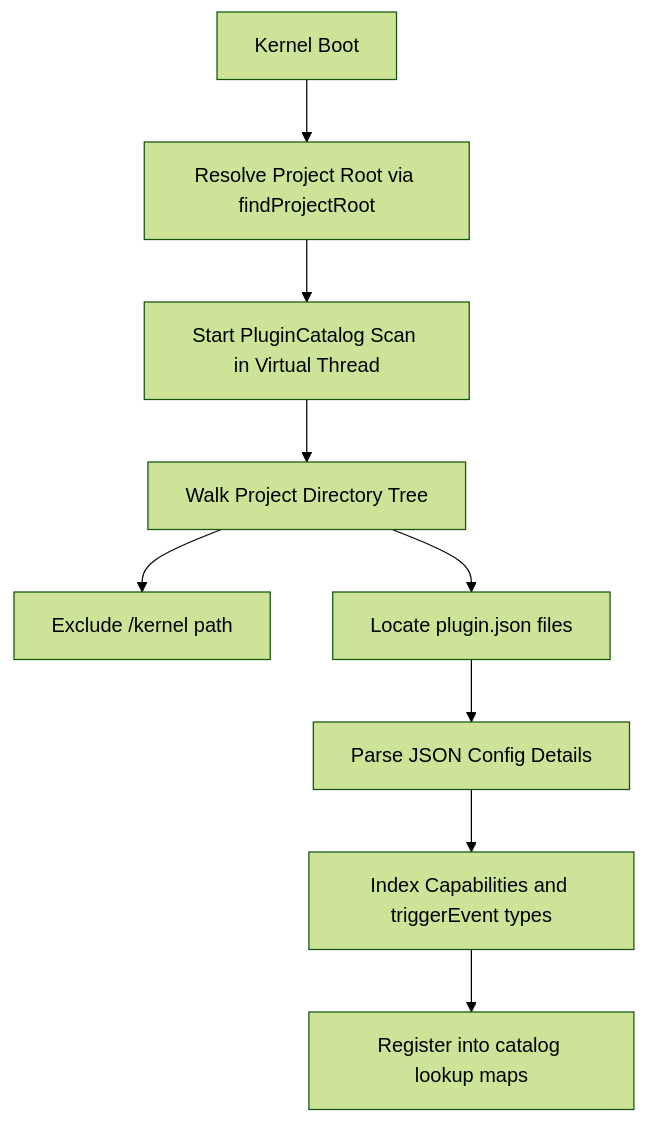
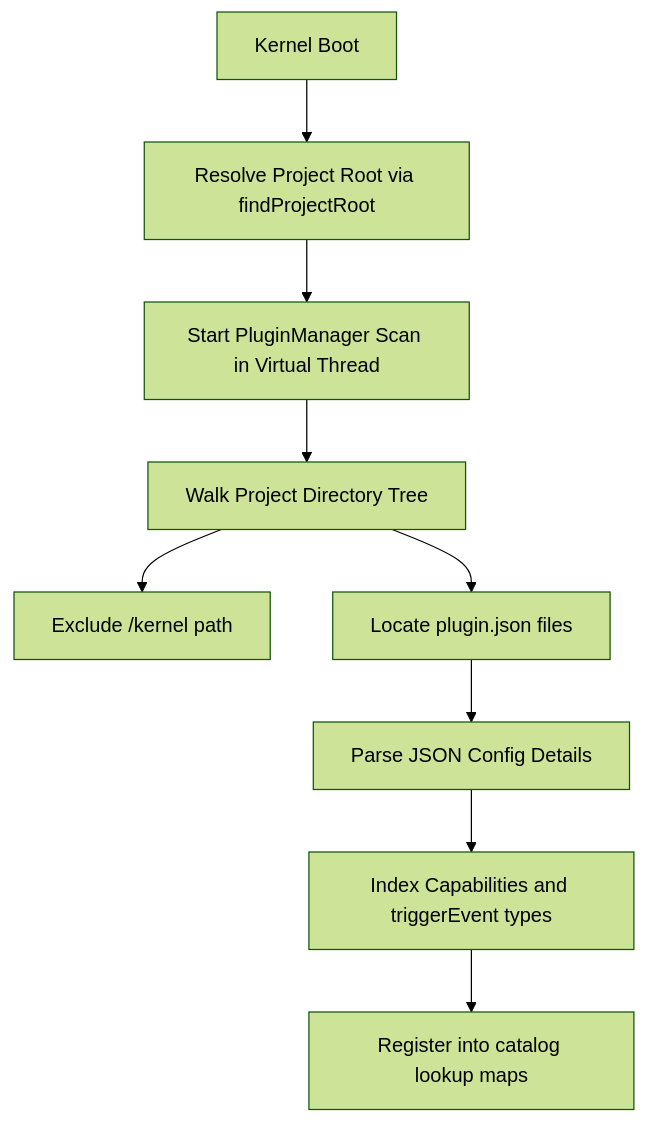
Before and after one commit to gazolla/MK8: the second of 2 diagrams in docs/KERNEL.md, drawn with Mermaid (forest theme). The commit also changed other lines of this file and 15 other files, not shown here.

````diff
--- a/docs/KERNEL.md
+++ b/docs/KERNEL.md
@@ -152,11 +148,11 @@
 ```mermaid
 flowchart TD
     Start[Kernel Boot] --> FindRoot[Resolve Project Root via findProjectRoot]
-    FindRoot --> TriggerScan[Start PluginCatalog Scan in Virtual Thread]
+    FindRoot --> TriggerScan[Start PluginManager Scan in Virtual Thread]
     TriggerScan --> WalkDirs[Walk Project Directory Tree]
     WalkDirs --> FilterKernel[Exclude /kernel path]
     WalkDirs --> FindJSON[Locate plugin.json files]
     FindJSON --> ReadConfig[Parse JSON Config Details]
     ReadConfig --> IndexCaps[Index Capabilities and triggerEvent types]
     IndexCaps --> End[Register into catalog lookup maps]
 ```
````
